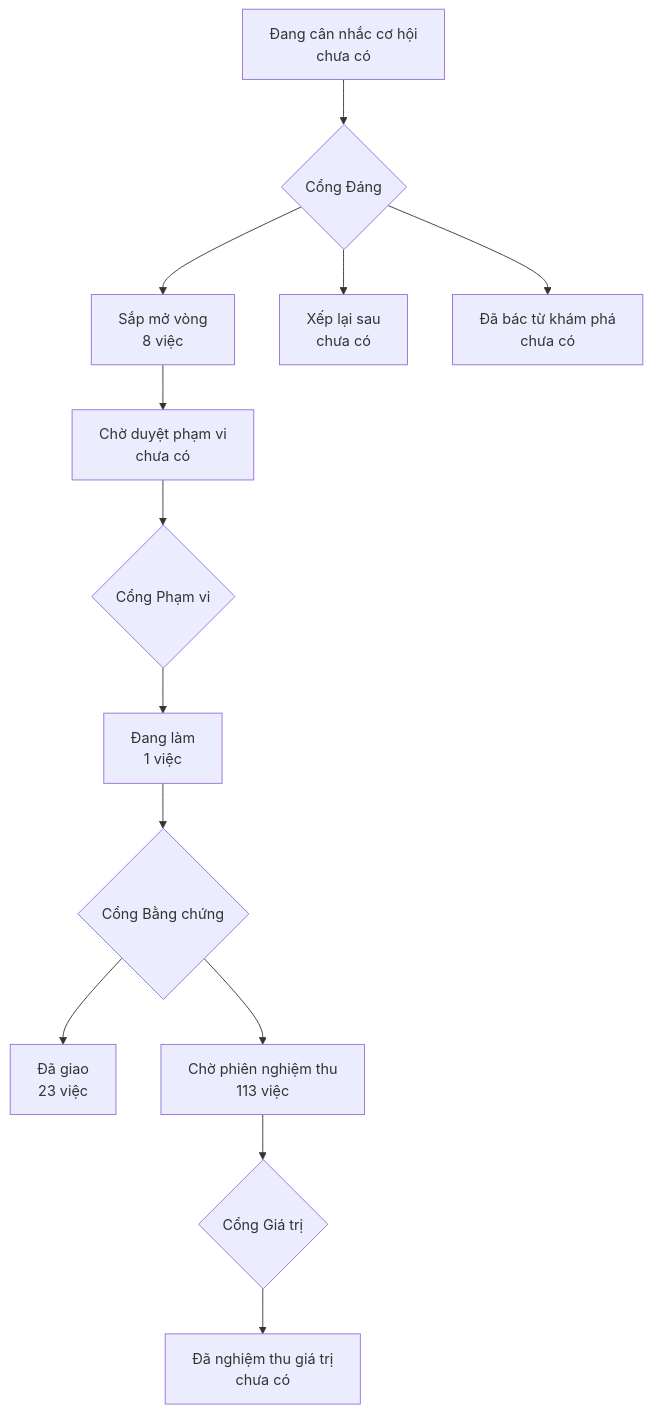
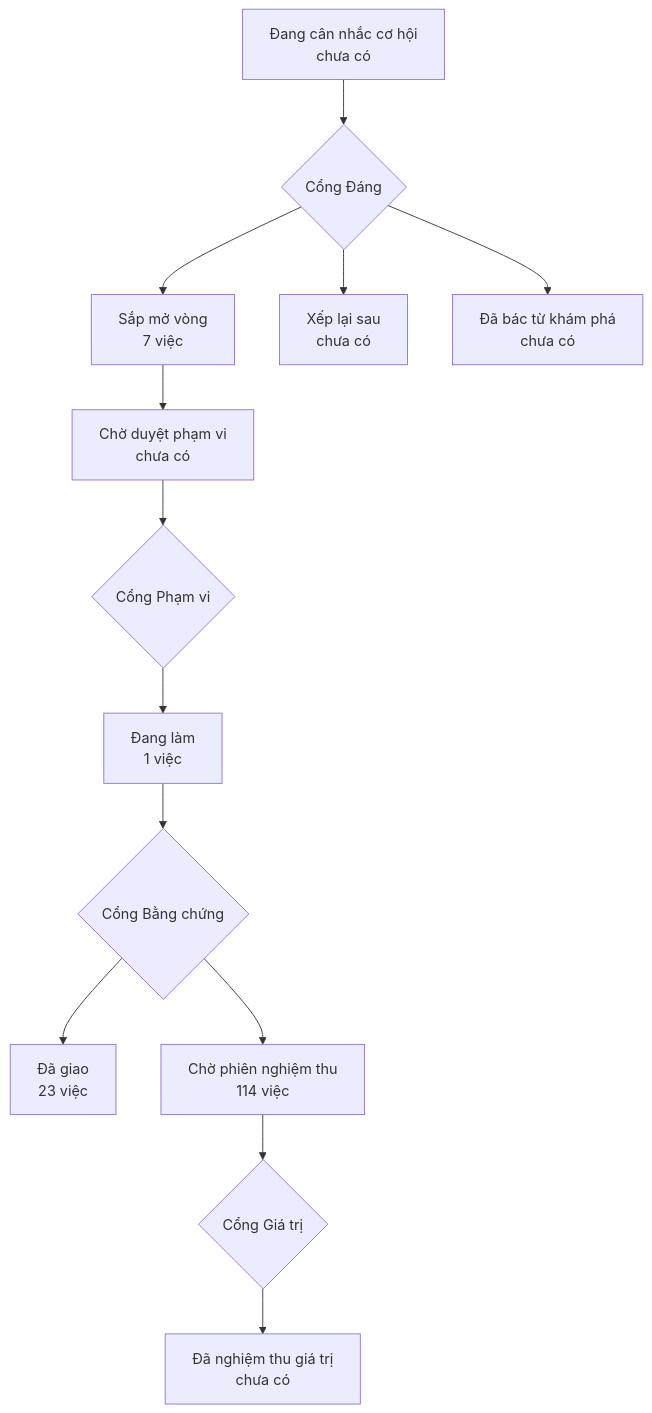
Before and after one commit to phanlemanh/onehub-quy-hang: the diagram in PRODUCT-MAP.md, drawn with Mermaid. The commit also changed 1 other file, not shown here.

Commit message:
chore: vẽ lại bản đồ sau khi gộp nhánh chính

````diff
--- a/PRODUCT-MAP.md
+++ b/PRODUCT-MAP.md
@@ -7,12 +7,12 @@
 ```mermaid
 flowchart TD
   A["Đang cân nhắc cơ hội<br/>chưa có"] --> GD{"Cổng Đáng"}
-  GD --> B["Sắp mở vòng<br/>8 việc"]
+  GD --> B["Sắp mở vòng<br/>7 việc"]
   GD --> XL["Xếp lại sau<br/>chưa có"]
   GD --> DB["Đã bác từ khám phá<br/>chưa có"]
   B --> CD["Chờ duyệt phạm vi<br/>chưa có"] --> GP{"Cổng Phạm vi"}
   GP --> DL["Đang làm<br/>1 việc"] --> GB{"Cổng Bằng chứng"}
   GB --> DG["Đã giao<br/>23 việc"]
-  GB --> CN["Chờ phiên nghiệm thu<br/>113 việc"] --> GG{"Cổng Giá trị"}
+  GB --> CN["Chờ phiên nghiệm thu<br/>114 việc"] --> GG{"Cổng Giá trị"}
   GG --> NT["Đã nghiệm thu giá trị<br/>chưa có"]
 ```
````
